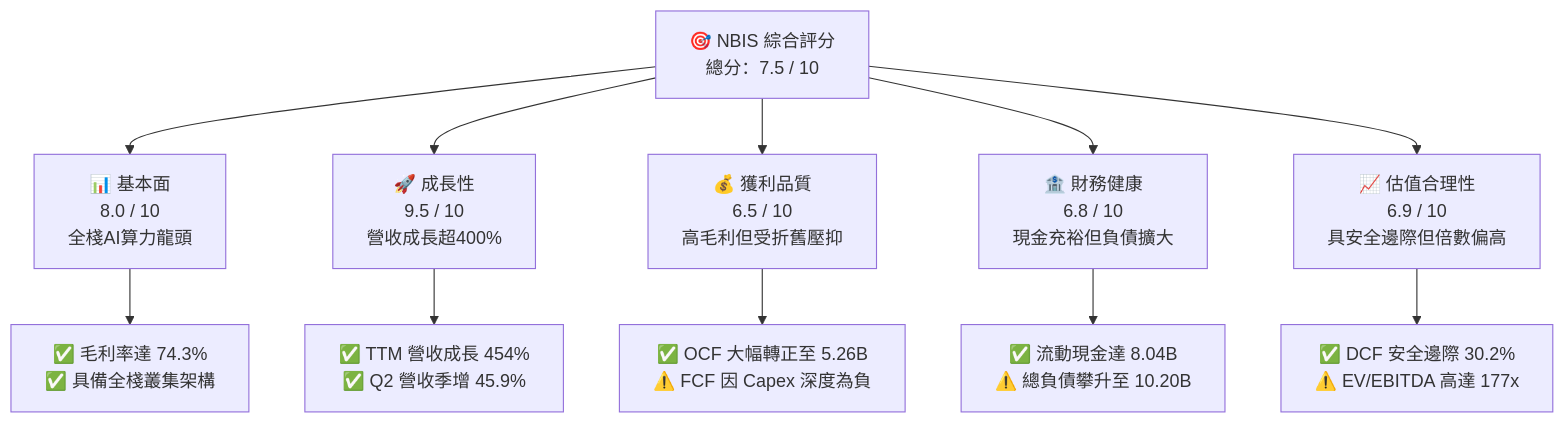
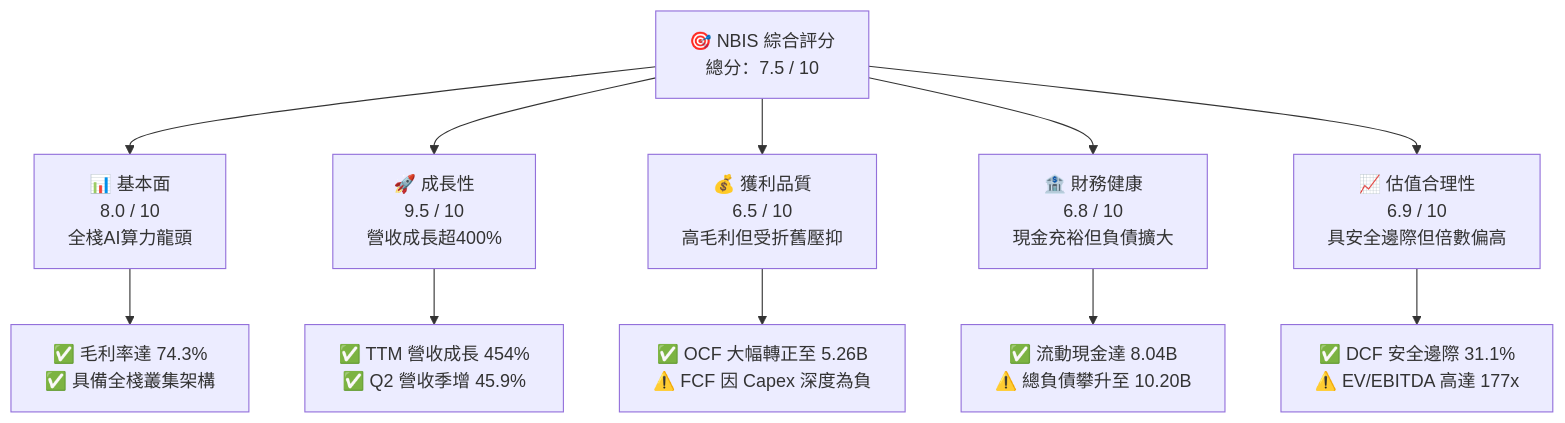
Before and after one commit to yennanliu/finance_data: the first of 15 diagrams in ai_gen_report/fundamental/nbis/fundamental_analysis_2026-10-22_gemini.md, drawn with Mermaid. The commit also changed other lines of this file and 339 other files, not shown here.

````diff
--- a/ai_gen_report/fundamental/nbis/fundamental_analysis_2026-10-22_gemini.md
+++ b/ai_gen_report/fundamental/nbis/fundamental_analysis_2026-10-22_gemini.md
@@ -62,22 +69,22 @@
 ```mermaid
 graph TD
     NBIS["🎯 NBIS 綜合評分<br/>總分：7.5 / 10"]
 
     F["📊 基本面<br/>8.0 / 10<br/>全棧AI算力龍頭"]
     G["🚀 成長性<br/>9.5 / 10<br/>營收成長超400%"]
     P["💰 獲利品質<br/>6.5 / 10<br/>高毛利但受折舊壓抑"]
     B["🏦 財務健康<br/>6.8 / 10<br/>現金充裕但負債擴大"]
     V["📈 估值合理性<br/>6.9 / 10<br/>具安全邊際但倍數偏高"]
 
     NBIS --> F
     NBIS --> G
     NBIS --> P
     NBIS --> B
     NBIS --> V
 
     F --> F1["✅ 毛利率達 74.3%<br/>✅ 具備全棧叢集架構"]
     G --> G1["✅ TTM 營收成長 454%<br/>✅ Q2 營收季增 45.9%"]
     P --> P1["✅ OCF 大幅轉正至 5.26B<br/>⚠️ FCF 因 Capex 深度為負"]
     B --> B1["✅ 流動現金達 8.04B<br/>⚠️ 總負債攀升至 10.20B"]
-    V --> V1["✅ DCF 安全邊際 30.2%<br/>⚠️ EV/EBITDA 高達 177x"]
+    V --> V1["✅ DCF 安全邊際 31.1%<br/>⚠️ EV/EBITDA 高達 177x"]
 ```
````
